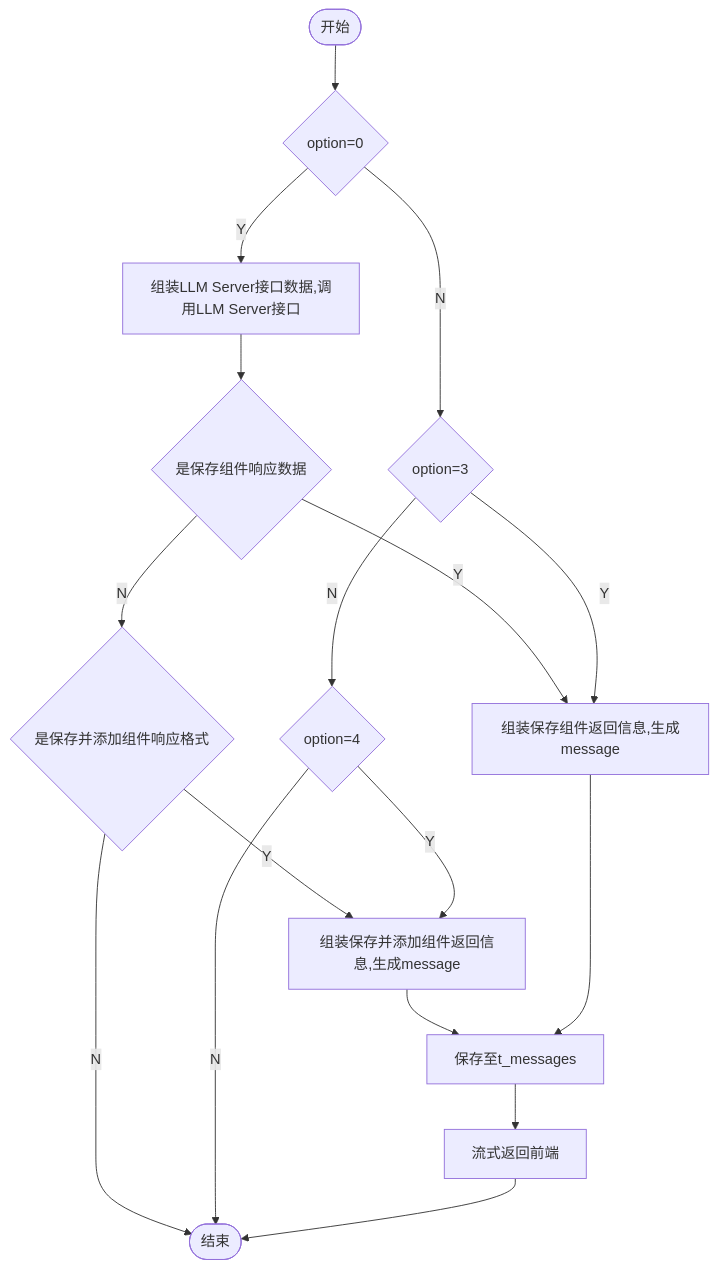
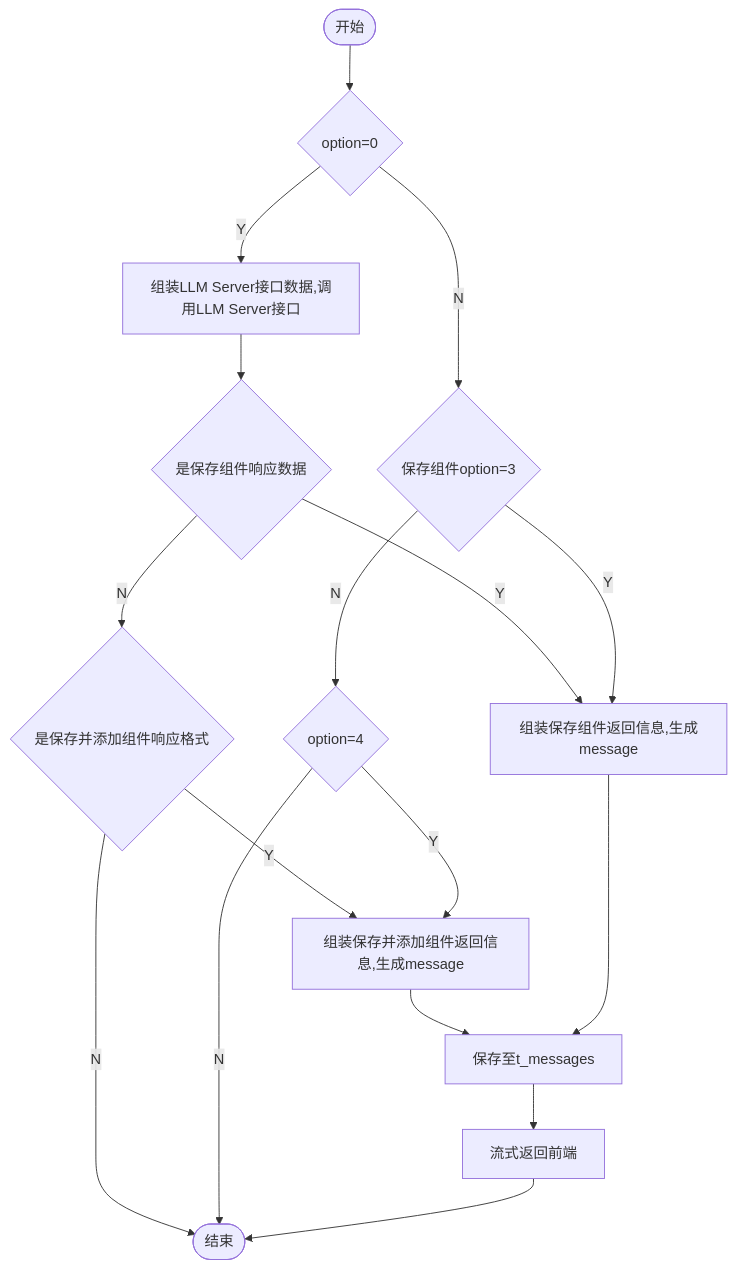
The diagram in all/添加保存组件.md (yingjianzh/iodraw-files), drawn with Mermaid before and after one commit.

Commit message:
2024-10-14 13:39:48 update

````diff
--- a/all/添加保存组件.md
+++ b/all/添加保存组件.md
@@ -1,19 +1,19 @@
 ```mermaid
 flowchart TD
     A([开始]) --> B{option=0}
     B -- Y --> C[组装LLM Server接口数据,调用LLM Server接口]
-    B -- N --> D{option=3}
+    B -- N --> D{保存组件option=3}
     C --> E{是保存组件响应数据}
     E -- Y --> F[组装保存组件返回信息,生成message]
     E -- N --> L{是保存并添加组件响应格式}
     L -- Y --> K
     L -- N --> I
     D -- Y --> F
     D -- N --> J{option=4}
     J -- Y --> K[组装保存并添加组件返回信息,生成message]
     K --> G
     J -- N --> I
     F --> G[保存至t_messages]
     G --> H[流式返回前端]
     H --> I([结束])
 ```
````
